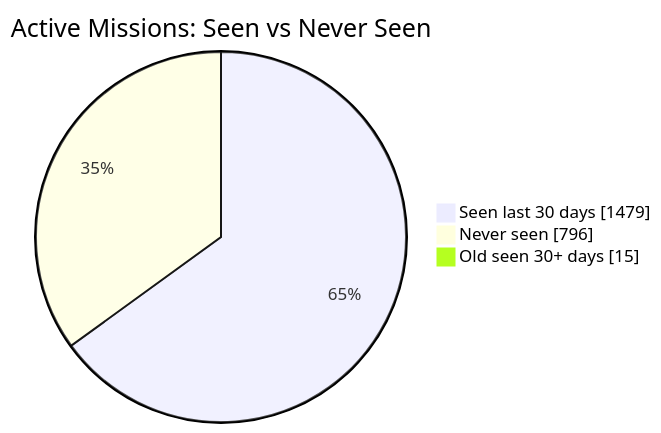
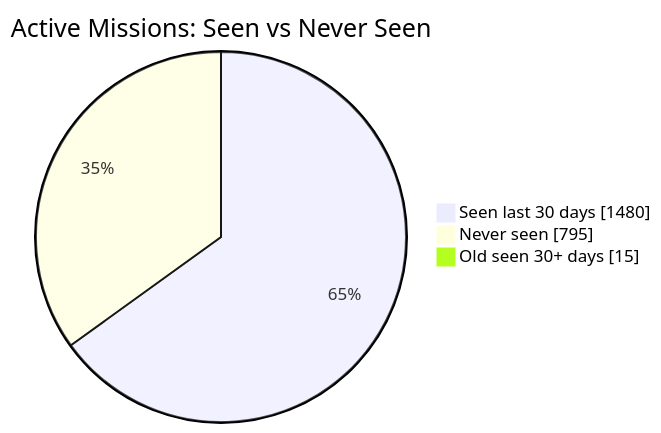
The first of 2 diagrams in README.md (MeldkamerspelGameTeam/active-missions), drawn with Mermaid before and after one commit. The commit also changed other lines of this file and 2 other files, not shown here.

````diff
--- a/README.md
+++ b/README.md
@@ -34,7 +34,7 @@
 ```mermaid
 pie showData
     title Active Missions: Seen vs Never Seen
-    "Seen last 30 days" : 1479
-    "Never seen" : 796
+    "Seen last 30 days" : 1480
+    "Never seen" : 795
     "Old seen 30+ days" : 15
 ```
````
